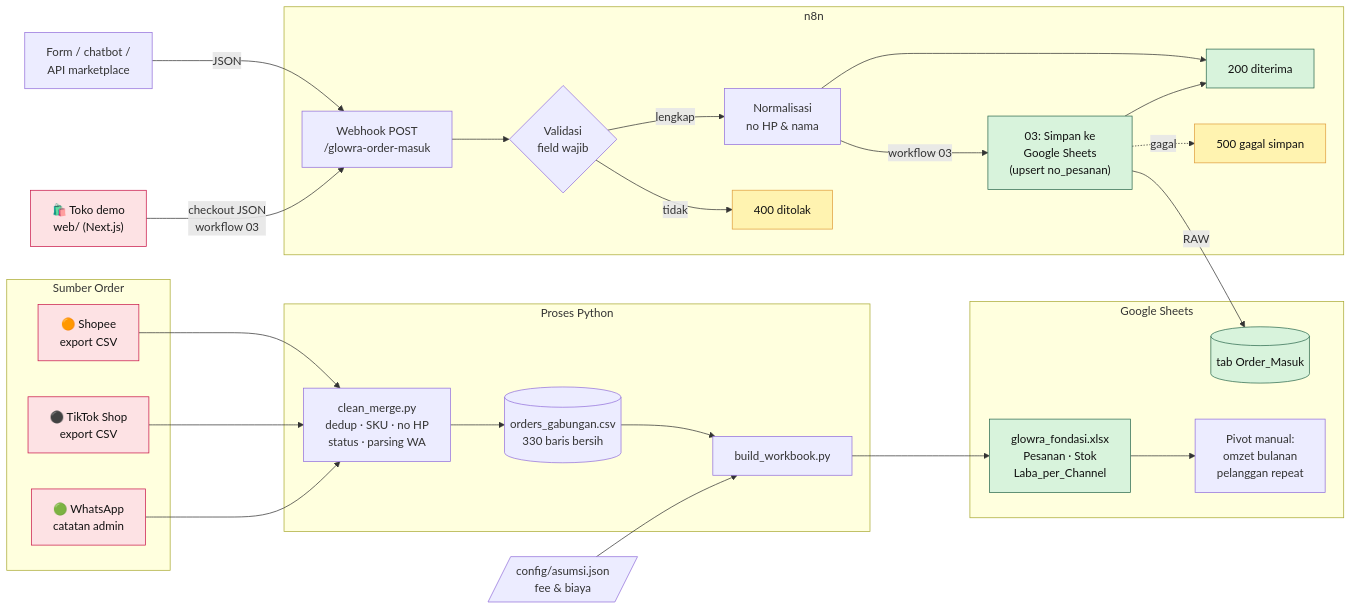
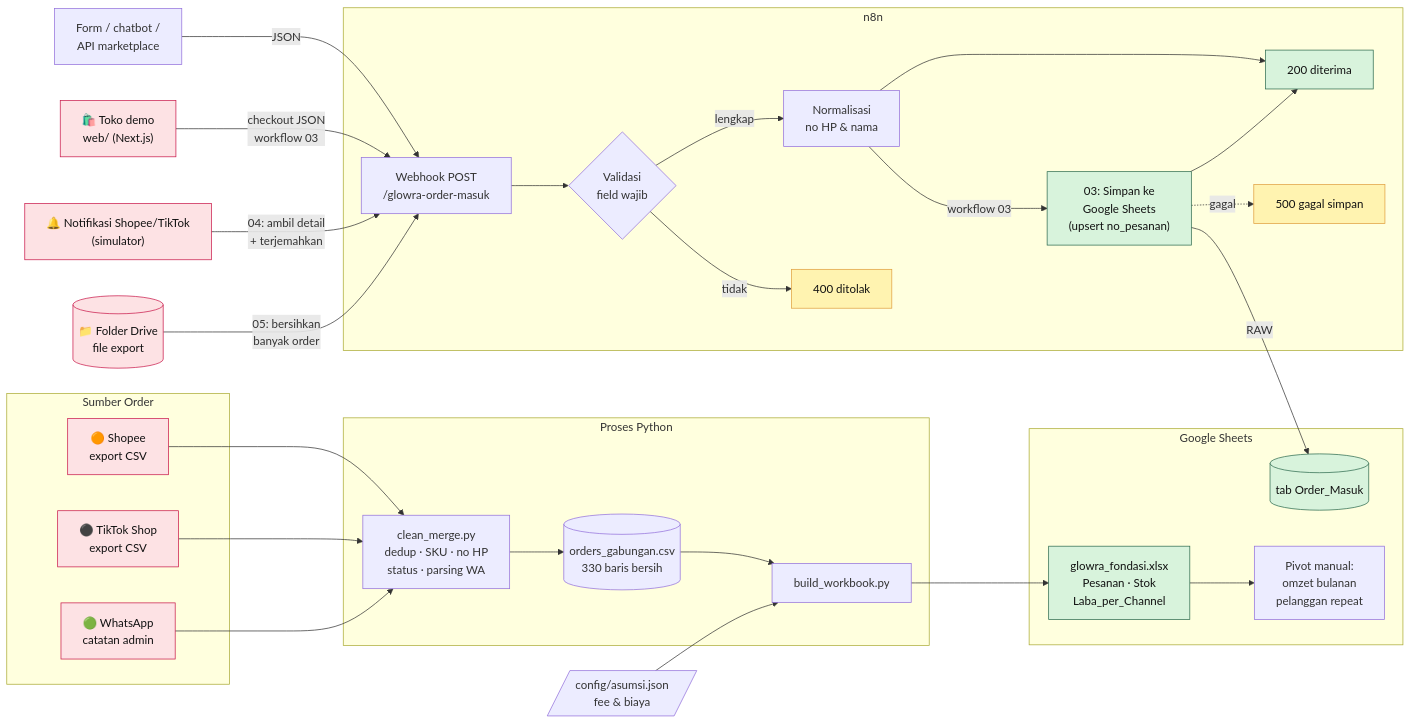
One commit to kiekevin27-ux/ordersync-beauty changed the diagram in README.md. Above: the diagram before and after it, drawn with Mermaid. The commit also changed other lines of this file and 7 other files, not shown here.

First line of the commit message:
Cara 2: import file export marketplace via Google Drive + dokumentasi

````diff
--- a/README.md
+++ b/README.md
@@ -36,49 +38,51 @@
 ```mermaid
 flowchart LR
     subgraph SUMBER["Sumber Order"]
         SP["🟠 Shopee<br/>export CSV"]
         TT["⚫ TikTok Shop<br/>export CSV"]
         WA["🟢 WhatsApp<br/>catatan admin"]
     end
 
     subgraph PROSES["Proses Python"]
         CM["clean_merge.py<br/>dedup · SKU · no HP<br/>status · parsing WA"]
         OG[("orders_gabungan.csv<br/>330 baris bersih")]
         BW["build_workbook.py"]
     end
 
     CFG[/"config/asumsi.json<br/>fee & biaya"/]
 
     subgraph SHEETS["Google Sheets"]
         XL["glowra_fondasi.xlsx<br/>Pesanan · Stok<br/>Laba_per_Channel"]
         OM[("tab Order_Masuk")]
         PV["Pivot manual:<br/>omzet bulanan<br/>pelanggan repeat"]
     end
 
     subgraph N8N["n8n"]
         WH["Webhook POST<br/>/glowra-order-masuk"]
         VAL{"Validasi<br/>field wajib"}
         NORM["Normalisasi<br/>no HP & nama"]
         R200["200 diterima"]
         R400["400 ditolak"]
         GS["03: Simpan ke<br/>Google Sheets<br/>(upsert no_pesanan)"]
         R500["500 gagal simpan"]
     end
 
     SP & TT & WA --> CM --> OG --> BW --> XL --> PV
     CFG --> BW
     SYS["Form / chatbot /<br/>API marketplace"] -->|JSON| WH --> VAL
     WEB["🛍️ Toko demo<br/>web/ (Next.js)"] -->|"checkout JSON<br/>workflow 03"| WH
+    MP["🔔 Notifikasi Shopee/TikTok<br/>(simulator)"] -->|"04: ambil detail<br/>+ terjemahkan"| WH
+    DRV[("📁 Folder Drive<br/>file export")] -->|"05: bersihkan<br/>banyak order"| WH
     VAL -- lengkap --> NORM --> R200
     VAL -- tidak --> R400
     NORM -->|workflow 03| GS -->|RAW| OM
     GS --> R200
     GS -. gagal .-> R500
 
     classDef src fill:#fde2e4,stroke:#c9184a,color:#111;
     classDef ok fill:#d8f3dc,stroke:#2d6a4f,color:#111;
     classDef bad fill:#fff3b0,stroke:#e09f3e,color:#111;
-    class SP,TT,WA,WEB src;
+    class SP,TT,WA,WEB,MP,DRV src;
     class R200,XL,OM,GS ok;
     class R400,R500 bad;
 ```
````
